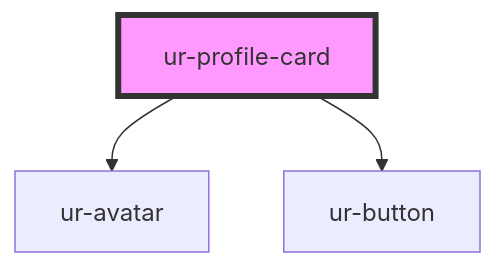
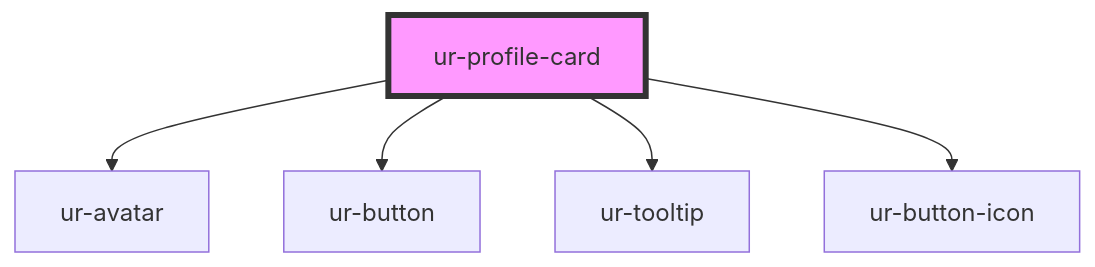
The diagram in src/components/ur-profile-card/readme.md (hellish/urnovl-web-components), drawn with Mermaid before and after one commit. The commit also changed other lines of this file and 15 other files, not shown here.

````diff
--- a/src/components/ur-profile-card/readme.md
+++ b/src/components/ur-profile-card/readme.md
@@ -43,6 +54,8 @@
 ```mermaid
 graph TD;
   ur-profile-card --> ur-avatar
   ur-profile-card --> ur-button
+  ur-profile-card --> ur-tooltip
+  ur-profile-card --> ur-button-icon
   style ur-profile-card fill:#f9f,stroke:#333,stroke-width:4px
 ```
````
